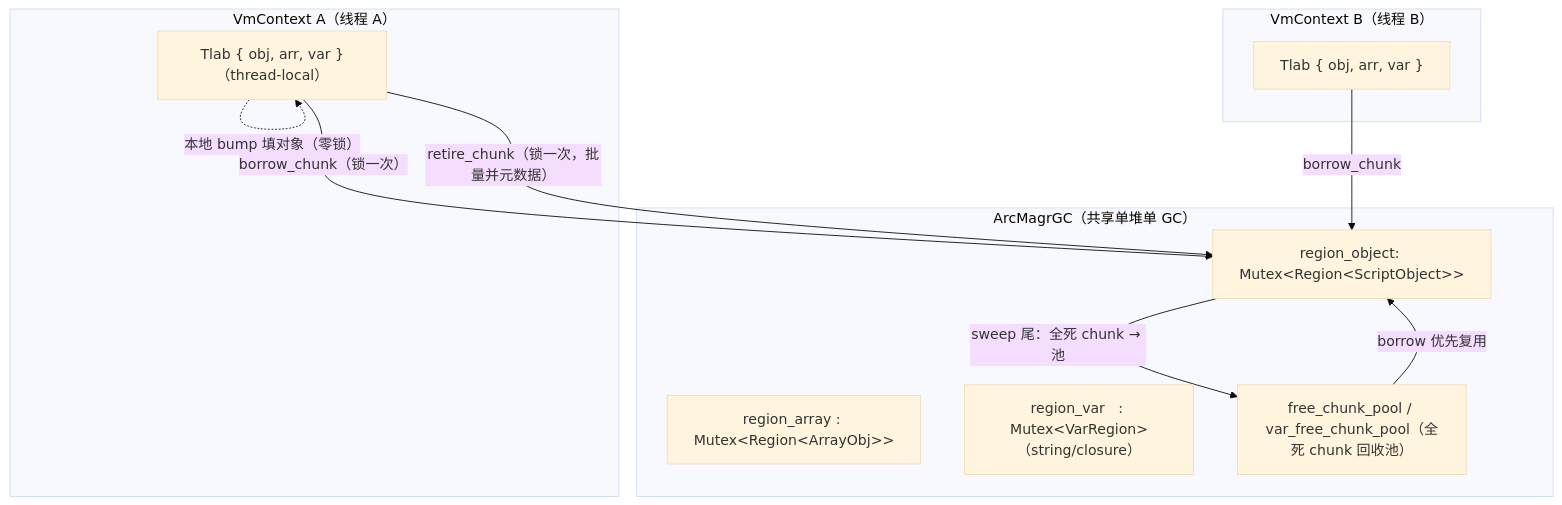
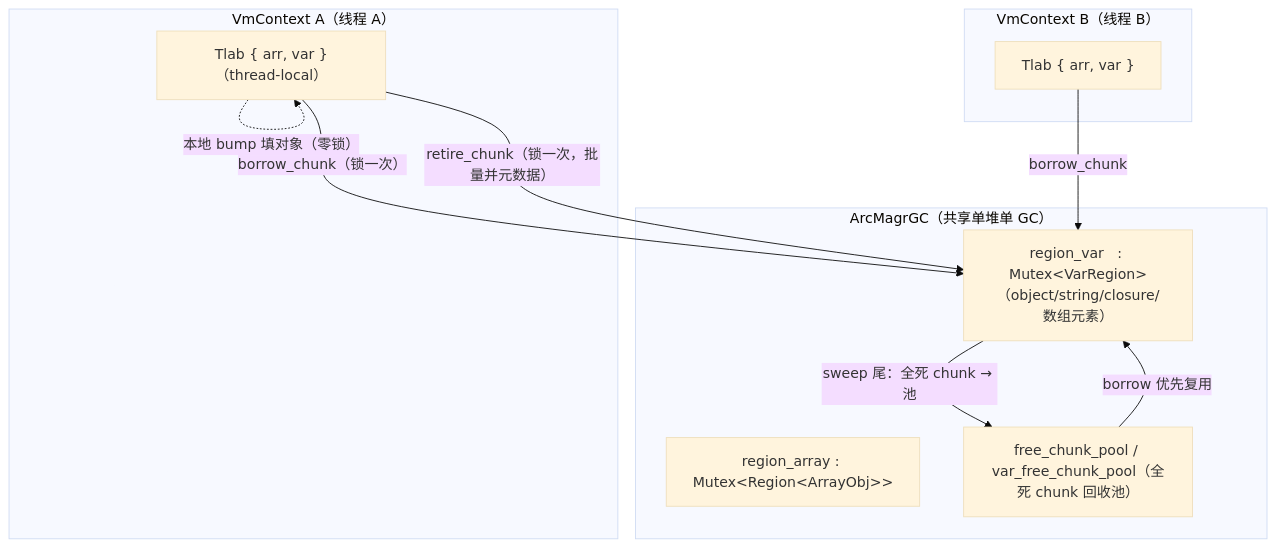
Before and after one commit to z42-lang/z42: the first of 2 diagrams in docs/internals/src/runtime/gc-tlab.md, drawn with Mermaid (base theme). The commit also changed other lines of this file and 93 other files, not shown here.

````diff
--- a/docs/internals/src/runtime/gc-tlab.md
+++ b/docs/internals/src/runtime/gc-tlab.md
@@ -22,21 +22,20 @@
 ```mermaid
 flowchart TB
   subgraph Heap["ArcMagrGC（共享单堆单 GC）"]
-    RO["region_object: Mutex&lt;Region&lt;ScriptObject&gt;&gt;"]
     RA["region_array : Mutex&lt;Region&lt;ArrayObj&gt;&gt;"]
-    RV["region_var   : Mutex&lt;VarRegion&gt;（string/closure）"]
+    RV["region_var   : Mutex&lt;VarRegion&gt;（object/string/closure/数组元素）"]
     POOL["free_chunk_pool / var_free_chunk_pool（全死 chunk 回收池）"]
   end
   subgraph A["VmContext A（线程 A）"]
-    TA["Tlab { obj, arr, var }（thread-local）"]
+    TA["Tlab { arr, var }（thread-local）"]
   end
   subgraph B["VmContext B（线程 B）"]
-    TB["Tlab { obj, arr, var }"]
+    TB["Tlab { arr, var }"]
   end
-  TA -- "borrow_chunk（锁一次）" --> RO
+  TA -- "borrow_chunk（锁一次）" --> RV
   TA -. "本地 bump 填对象（零锁）" .-> TA
-  TA -- "retire_chunk（锁一次，批量并元数据）" --> RO
-  TB -- "borrow_chunk" --> RO
-  RO -- "sweep 尾：全死 chunk → 池" --> POOL
-  POOL -- "borrow 优先复用" --> RO
+  TA -- "retire_chunk（锁一次，批量并元数据）" --> RV
+  TB -- "borrow_chunk" --> RV
+  RV -- "sweep 尾：全死 chunk → 池" --> POOL
+  POOL -- "borrow 优先复用" --> RV
 ```
````
